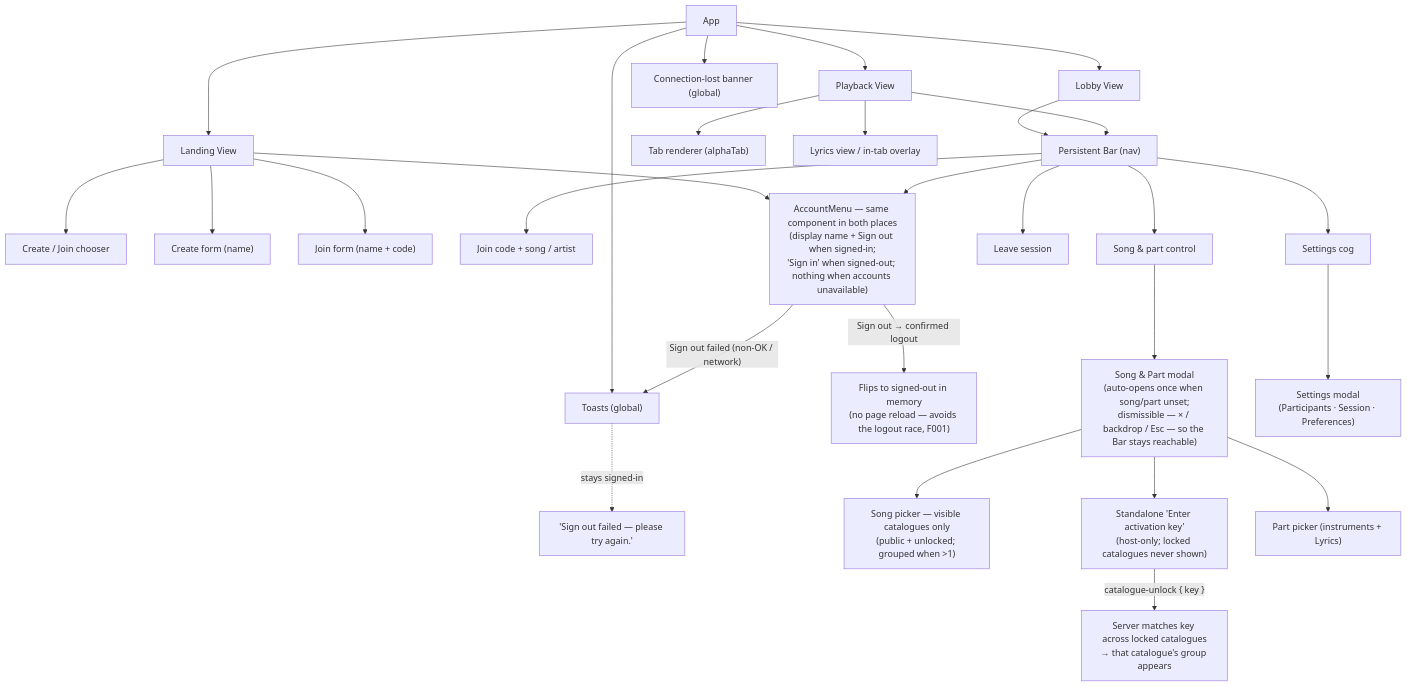
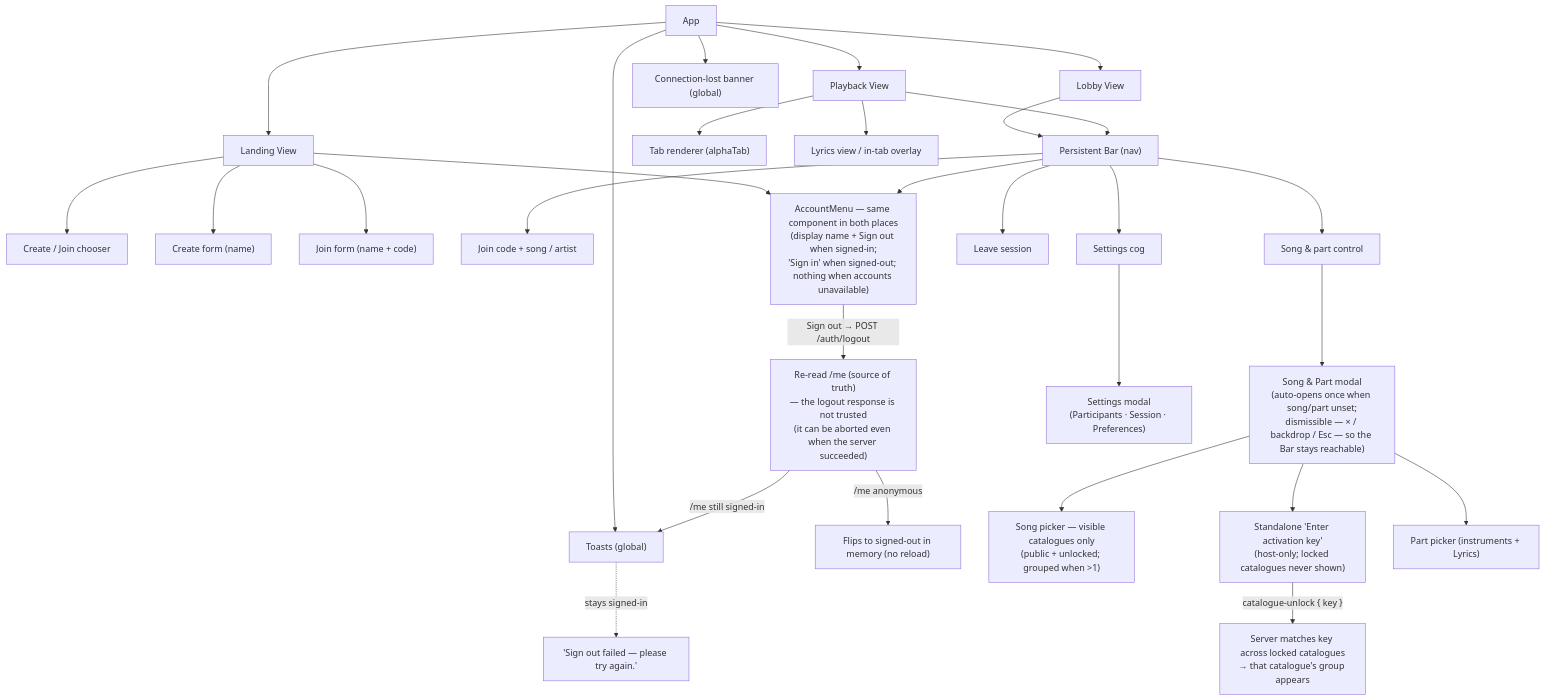
One commit to kinda-bad/sync-tab-scroll changed the third of 3 diagrams in README.md. Above: the diagram before and after it, drawn with Mermaid. The commit also changed 2 other files, not shown here.

Commit message:
docs(status): verify-via-/me sign-out fix merged + deployed (d5f8c8f3); regen UI diagram
Claude-Session: https://claude.ai/code/session_01LH6HsXJ9DUjtgf3faLnqHc

````diff
--- a/README.md
+++ b/README.md
@@ -343,35 +343,36 @@
 ```mermaid
 graph TD
     App --> Landing["Landing View"]
     App --> Lobby["Lobby View"]
     App --> Playback["Playback View"]
     App --> ConnBanner["Connection-lost banner (global)"]
     App --> Toasts["Toasts (global)"]
 
     Landing --> Chooser["Create / Join chooser"]
     Landing --> CreateForm["Create form (name)"]
     Landing --> JoinForm["Join form (name + code)"]
 
     Lobby --> Bar["Persistent Bar (nav)"]
     Playback --> Bar
     Bar --> JoinCodeId["Join code + song / artist"]
     Bar --> SongPartCtl["Song & part control"]
     Bar --> SettingsCog["Settings cog"]
     Bar --> Leave["Leave session"]
 
     Landing --> AccountMenu["AccountMenu — same component in both places<br/>(display name + Sign out when signed-in;<br/>'Sign in' when signed-out; nothing when accounts unavailable)"]
     Bar --> AccountMenu
-    AccountMenu -->|"Sign out → confirmed logout"| SignedOut["Flips to signed-out in memory<br/>(no page reload — avoids the logout race, F001)"]
-    AccountMenu -->|"Sign out failed (non-OK / network)"| Toasts
+    AccountMenu -->|"Sign out → POST /auth/logout"| MeCheck["Re-read /me (source of truth)<br/>— the logout response is not trusted<br/>(it can be aborted even when the server succeeded)"]
+    MeCheck -->|"/me anonymous"| SignedOut["Flips to signed-out in memory (no reload)"]
+    MeCheck -->|"/me still signed-in"| Toasts
     Toasts -.->|"stays signed-in"| SignOutErr["'Sign out failed — please try again.'"]
 
     SongPartCtl --> Modal["Song & Part modal<br/>(auto-opens once when song/part unset;<br/>dismissible — × / backdrop / Esc — so the Bar stays reachable)"]
     Modal --> SongPicker["Song picker — visible catalogues only<br/>(public + unlocked; grouped when &gt;1)"]
     Modal --> KeyCtl["Standalone 'Enter activation key'<br/>(host-only; locked catalogues never shown)"]
     KeyCtl -->|"catalogue-unlock { key }"| Unlocked["Server matches key across locked catalogues<br/>→ that catalogue's group appears"]
     Modal --> PartPicker["Part picker (instruments + Lyrics)"]
 
     Playback --> TabRender["Tab renderer (alphaTab)"]
     Playback --> LyricsOverlay["Lyrics view / in-tab overlay"]
     SettingsCog --> SettingsModal["Settings modal<br/>(Participants · Session · Preferences)"]
 ```
````
